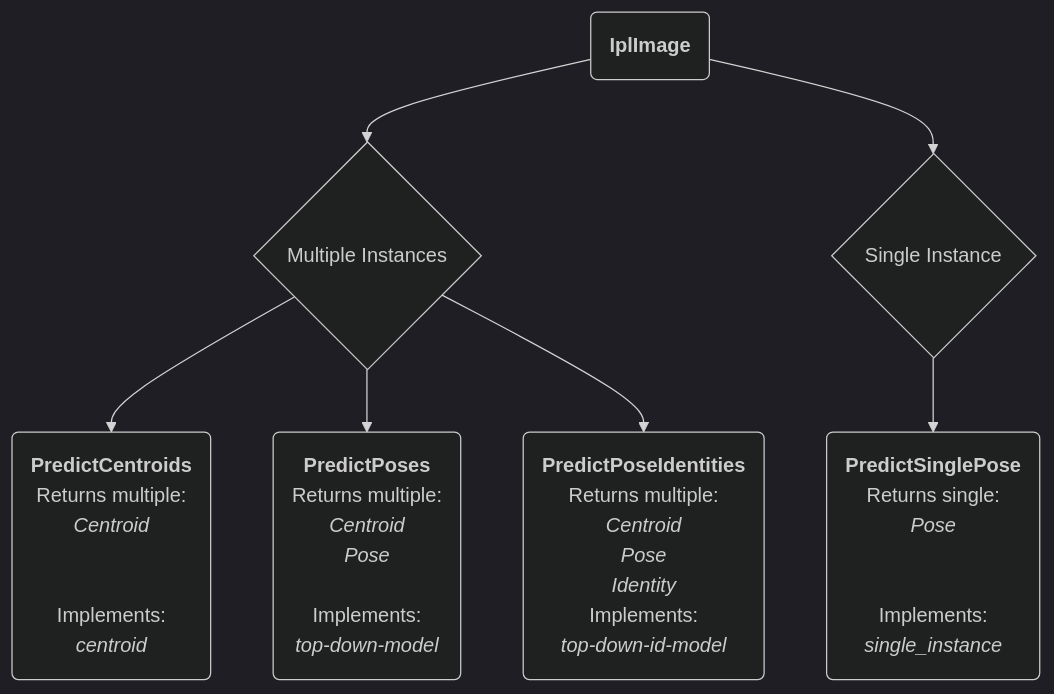
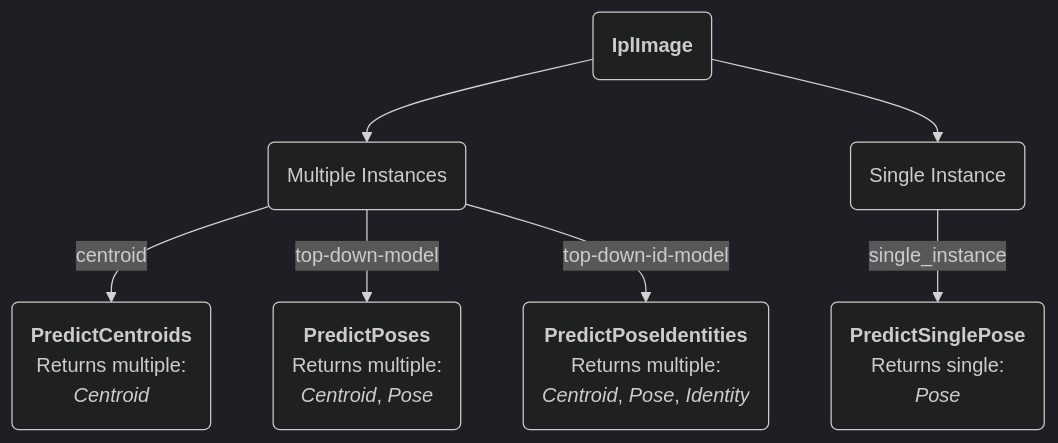
One commit to bonsai-rx/sleap changed the diagram in docs/articles/manual.md. Above: the diagram before and after it, drawn with Mermaid (dark theme).

Commit message:
Simplify model selection diagram

````diff
--- a/docs/articles/manual.md
+++ b/docs/articles/manual.md
@@ -6,52 +6,28 @@
 ```mermaid
 flowchart TD
 
-id1("`**IplImage**`") --> id7{Multiple Instances}
+id1("`**IplImage**`") --> id7(Multiple Instances)
 
-id1 --> id8{Single Instance}
+id1 --> id8(Single Instance)
 
-id7 --> id3("`**PredictCentroids** 
+id7 -- centroid --> id3("`**PredictCentroids** 
 
 Returns multiple: 
-*Centroid*
+*Centroid*`")
 
-&nbsp;
-&nbsp;
-Implements:
-*centroid*
-`")
-
-id7 --> id4("`**PredictPoses**
+id7 -- top-down-model --> id4("`**PredictPoses**
 
 Returns multiple:
-*Centroid*
-*Pose*
-
-&nbsp;
-Implements:
-*top-down-model*
-`")
+*Centroid*, *Pose*`")
 
 
-id7 --> id5("`**PredictPoseIdentities**
+id7 -- top-down-id-model --> id5("`**PredictPoseIdentities**
 
 Returns multiple:
-*Centroid*
-*Pose*
-*Identity*
+*Centroid*, *Pose*, *Identity*`")
 
-Implements:
-*top-down-id-model*
-`")
-
-id8 --> id2("`**PredictSinglePose**
+id8 -- single_instance --> id2("`**PredictSinglePose**
 
 Returns single:
-*Pose*
-
-&nbsp;
-&nbsp;
-Implements:
-*single_instance*
-`")
+*Pose*`")
 ```
````
